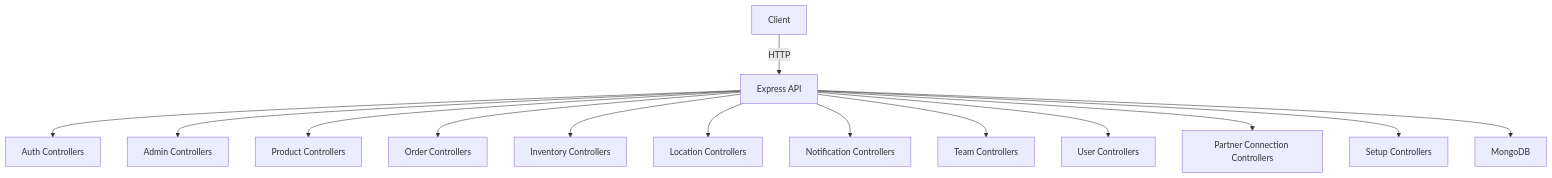
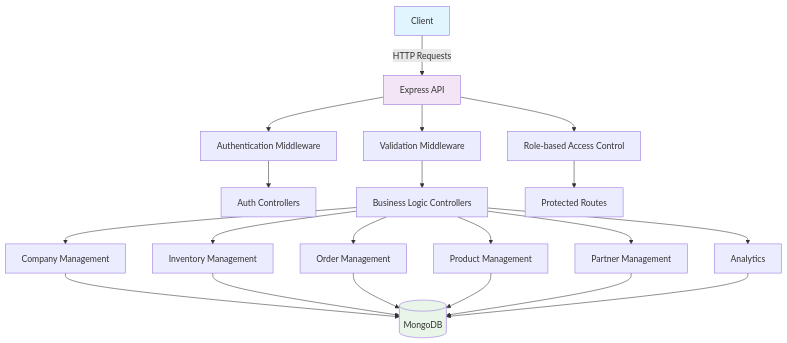
Before and after one commit to bahaa2003/supplychain: the diagram in readme.md, drawn with Mermaid. The commit also changed other lines of this file and 17 other files, not shown here.

Commit message:
second version of order module with inventory, inventory history and update readme file

````diff
--- a/readme.md
+++ b/readme.md
@@ -9,16 +99,29 @@
 ```mermaid
 graph TD
-  A[Client] -->|HTTP| B[Express API]
-  B --> C[Auth Controllers]
-  B --> D[Admin Controllers]
-  B --> E[Product Controllers]
-  B --> F[Order Controllers]
-  B --> G[Inventory Controllers]
-  B --> H[Location Controllers]
-  B --> I[Notification Controllers]
-  B --> J[Team Controllers]
-  B --> K[User Controllers]
-  B --> L[Partner Connection Controllers]
-  B --> M[Setup Controllers]
-  B --> N[MongoDB]
+    A[Client] -->|HTTP Requests| B[Express API]
+    B --> C[Authentication Middleware]
+    B --> D[Validation Middleware]
+    B --> E[Role-based Access Control]
+
+    C --> F[Auth Controllers]
+    D --> G[Business Logic Controllers]
+    E --> H[Protected Routes]
+
+    G --> I[Company Management]
+    G --> J[Inventory Management]
+    G --> K[Order Management]
+    G --> L[Product Management]
+    G --> M[Partner Management]
+    G --> N[Analytics]
+
+    I --> O[(MongoDB)]
+    J --> O
+    K --> O
+    L --> O
+    M --> O
+    N --> O
+
+    style A fill:#e1f5fe
+    style B fill:#f3e5f5
+    style O fill:#e8f5e8
 ```
````
